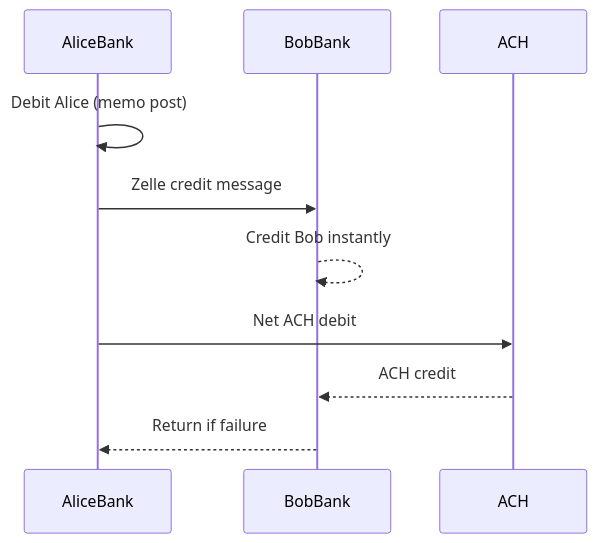
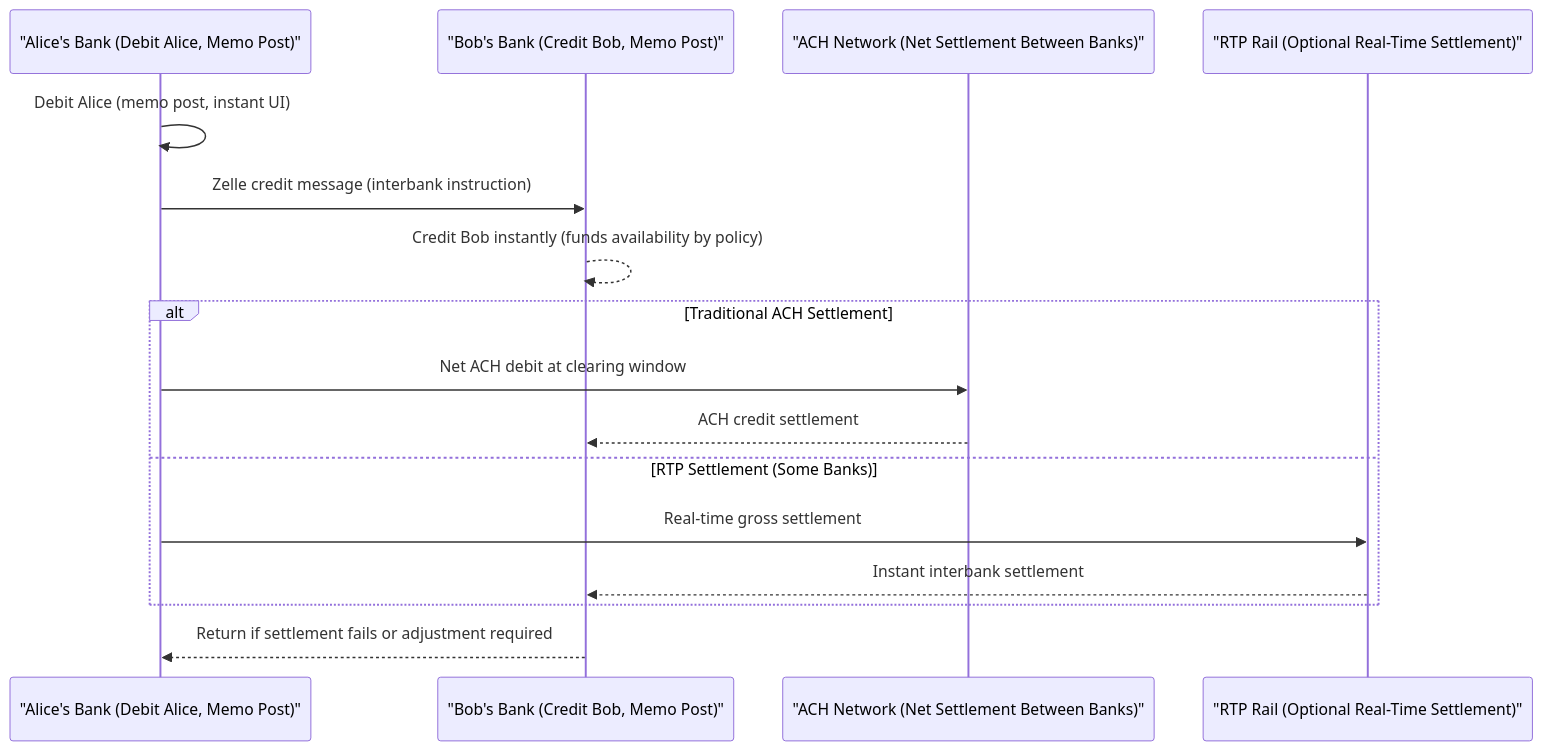
One commit to sumahiremath/buildtales changed the fifth of 5 diagrams in _posts/2025-09-03-wallets-p2p-networks-venmo-cash-app-paypal-zelle.md. Above: the diagram before and after it, drawn with Mermaid. The commit also changed other lines of this file, not shown here.

````diff
--- a/_posts/2025-09-03-wallets-p2p-networks-venmo-cash-app-paypal-zelle.md
+++ b/_posts/2025-09-03-wallets-p2p-networks-venmo-cash-app-paypal-zelle.md
@@ -141,13 +170,19 @@
 ```mermaid
 sequenceDiagram
-    participant AliceBank
-    participant BobBank
-    participant ACH
+    participant AB as "Alice's Bank (Debit Alice, Memo Post)"
+    participant BB as "Bob's Bank (Credit Bob, Memo Post)"
+    participant N as "ACH Network (Net Settlement Between Banks)"
+    participant RTP as "RTP Rail (Optional Real-Time Settlement)"
 
-    AliceBank->>AliceBank: Debit Alice (memo post)
-    AliceBank->>BobBank: Zelle credit message
-    BobBank-->>BobBank: Credit Bob instantly
-    AliceBank->>ACH: Net ACH debit
-    ACH-->>BobBank: ACH credit
-    BobBank-->>AliceBank: Return if failure
+    AB->>AB: Debit Alice (memo post, instant UI)
+    AB->>BB: Zelle credit message (interbank instruction)
+    BB-->>BB: Credit Bob instantly (funds availability by policy)
+    alt Traditional ACH Settlement
+        AB->>N: Net ACH debit at clearing window
+        N-->>BB: ACH credit settlement
+    else RTP Settlement (Some Banks)
+        AB->>RTP: Real-time gross settlement
+        RTP-->>BB: Instant interbank settlement
+    end
+    BB-->>AB: Return if settlement fails or adjustment required
 ```
````
